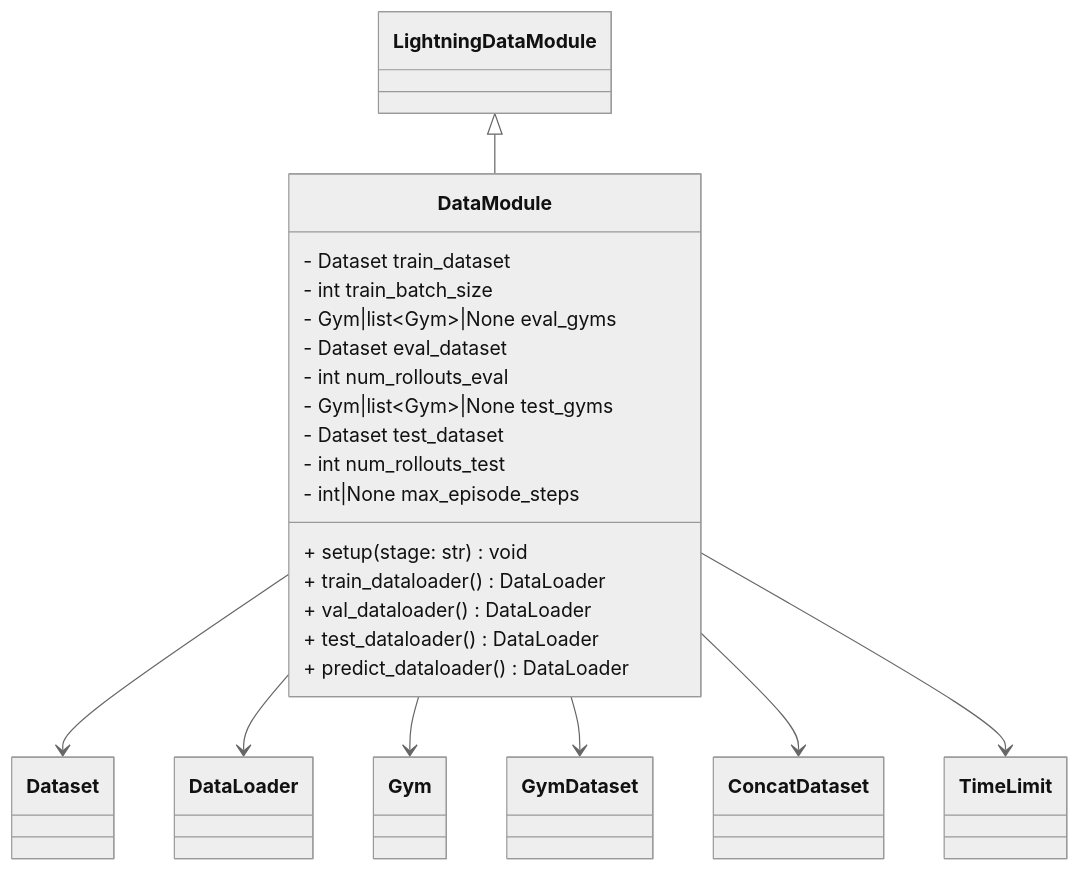
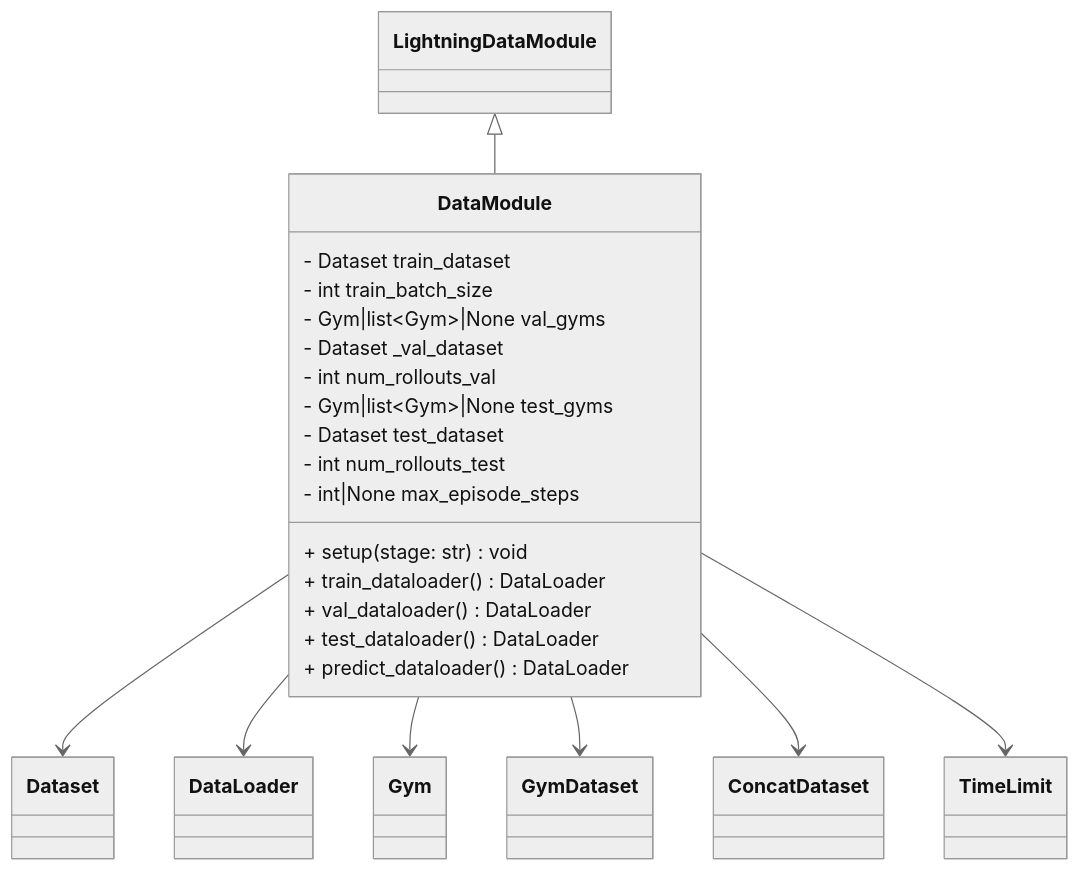
Before and after one commit to open-edge-platform/physical-ai-studio: the diagram in library/docs/design/data/datamodules.md, drawn with Mermaid (neutral theme). The commit also changed 15 other files, not shown here.

````diff
--- a/library/docs/design/data/datamodules.md
+++ b/library/docs/design/data/datamodules.md
@@ -9,37 +9,37 @@
 ```mermaid
 classDiagram
     class LightningDataModule {
     }
 
     class DataModule {
         - Dataset train_dataset
         - int train_batch_size
-        - Gym|list~Gym~|None eval_gyms
-        - Dataset eval_dataset
-        - int num_rollouts_eval
+        - Gym|list~Gym~|None val_gyms
+        - Dataset _val_dataset
+        - int num_rollouts_val
         - Gym|list~Gym~|None test_gyms
         - Dataset test_dataset
         - int num_rollouts_test
         - int|None max_episode_steps
         + setup(stage: str) void
         + train_dataloader() DataLoader
         + val_dataloader() DataLoader
         + test_dataloader() DataLoader
         + predict_dataloader() DataLoader
     }
 
     class Dataset
     class DataLoader
     class Gym
     class GymDataset
     class ConcatDataset
     class TimeLimit
 
     LightningDataModule <|-- DataModule
     DataModule --> Dataset
     DataModule --> DataLoader
     DataModule --> Gym
     DataModule --> GymDataset
     DataModule --> ConcatDataset
     DataModule --> TimeLimit
 ```
````
